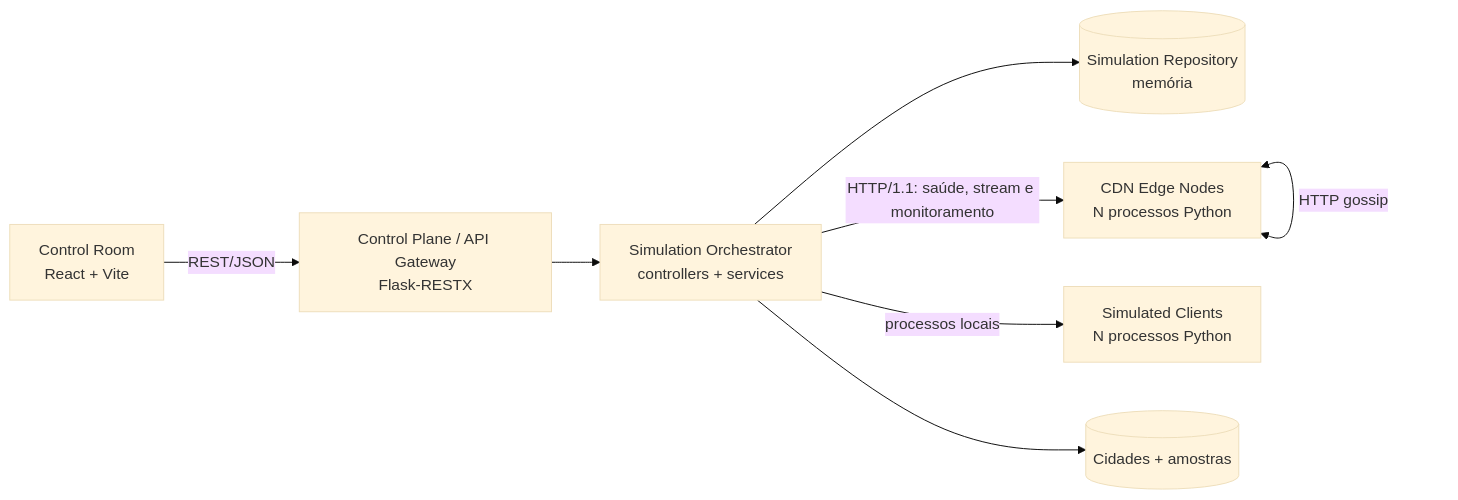
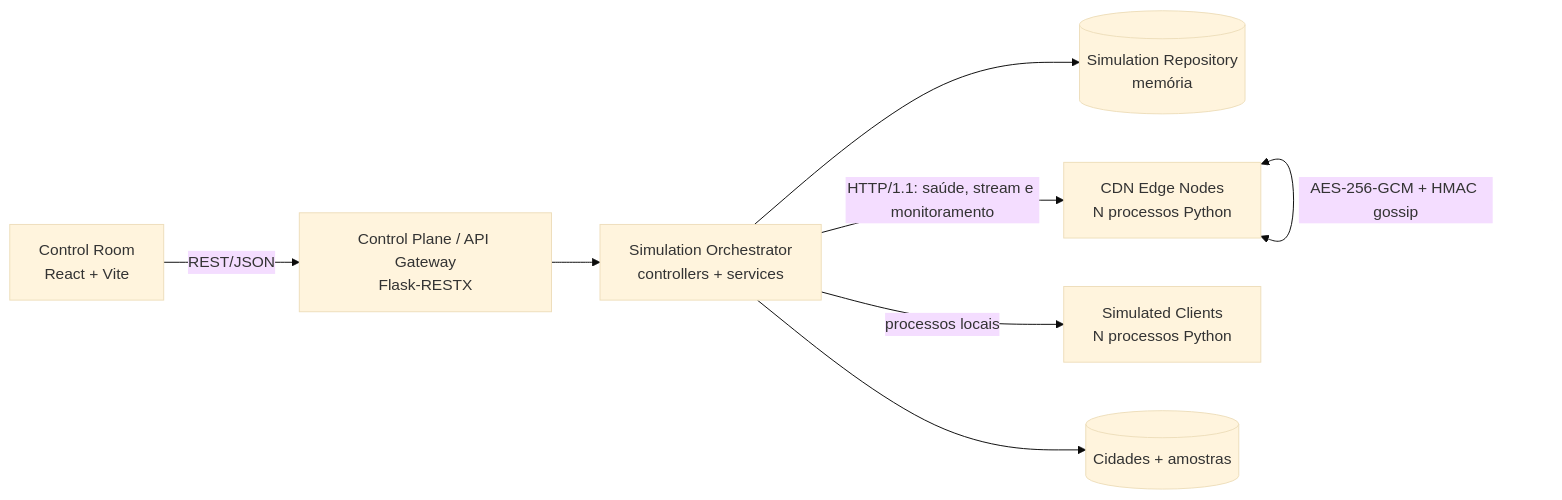
One commit to LuisReis09/CDN-Sentinel changed the second of 2 diagrams in docs/architecture.md. Above: the diagram before and after it, drawn with Mermaid (base theme). The commit also changed other lines of this file and 48 other files, not shown here.

````diff
--- a/docs/architecture.md
+++ b/docs/architecture.md
@@ -26,10 +26,10 @@
 ```mermaid
 flowchart LR
     browser["Control Room\nReact + Vite"] -->|REST/JSON| api["Control Plane / API Gateway\nFlask-RESTX"]
     api --> orchestrator["Simulation Orchestrator\ncontrollers + services"]
     orchestrator --> repository[("Simulation Repository\nmemória")]
     orchestrator -->|HTTP/1.1: saúde, stream e monitoramento| nodes["CDN Edge Nodes\nN processos Python"]
     orchestrator -->|processos locais| clients["Simulated Clients\nN processos Python"]
-    nodes <-->|HTTP gossip| nodes
+    nodes <-->|AES-256-GCM + HMAC gossip| nodes
     orchestrator --> assets[("Cidades + amostras")]
 ```
````
